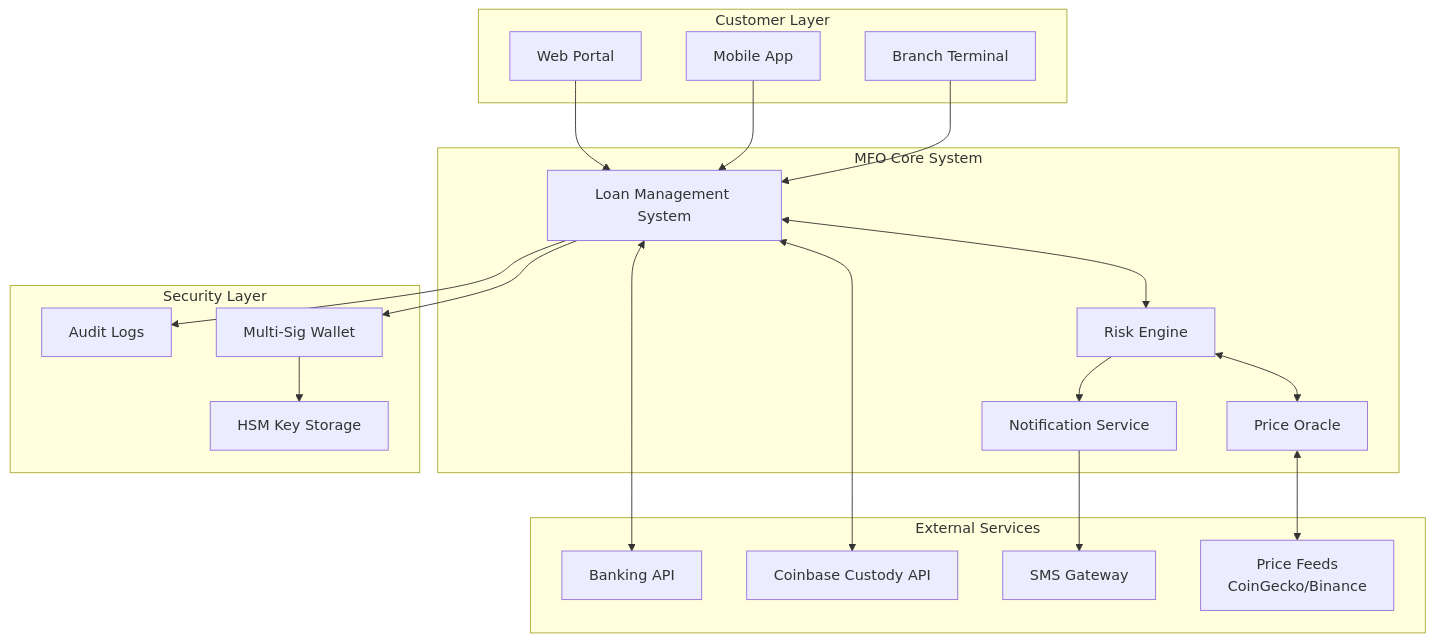
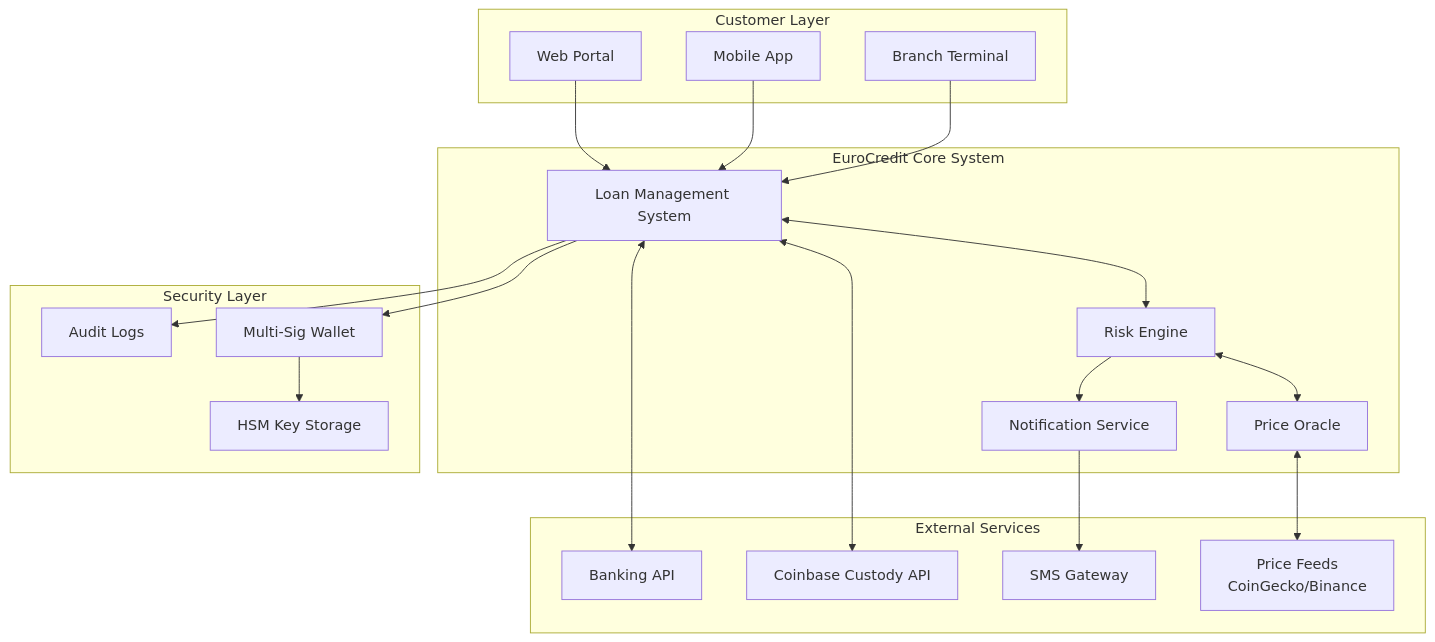
The third of 6 diagrams in btc-loans-proposal.md (AppifySheets/eurocredit-btc-loans), drawn with Mermaid before and after one commit. The commit also changed other lines of this file, not shown here.

First line of the commit message:
Add written descriptions above all Mermaid diagrams for better accessibility

````diff
--- a/btc-loans-proposal.md
+++ b/btc-loans-proposal.md
@@ -162,42 +168,42 @@
 ```mermaid
 graph TB
     subgraph Customer Layer
         A[Web Portal]
         B[Mobile App]
         C[Branch Terminal]
     end
     
-    subgraph MFO Core System
+    subgraph EuroCredit Core System
         D[Loan Management System]
         E[Risk Engine]
         F[Price Oracle]
         G[Notification Service]
     end
     
     subgraph External Services
         H[Coinbase Custody API]
         I[Price Feeds<br/>CoinGecko/Binance]
         J[Banking API]
         K[SMS Gateway]
     end
     
     subgraph Security Layer
         L[Multi-Sig Wallet]
         M[HSM Key Storage]
         N[Audit Logs]
     end
     
     A --> D
     B --> D
     C --> D
     D <--> E
     E <--> F
     F <--> I
     D <--> H
     D <--> J
     G --> K
     E --> G
     D --> L
     L --> M
     D --> N
 ```
````
